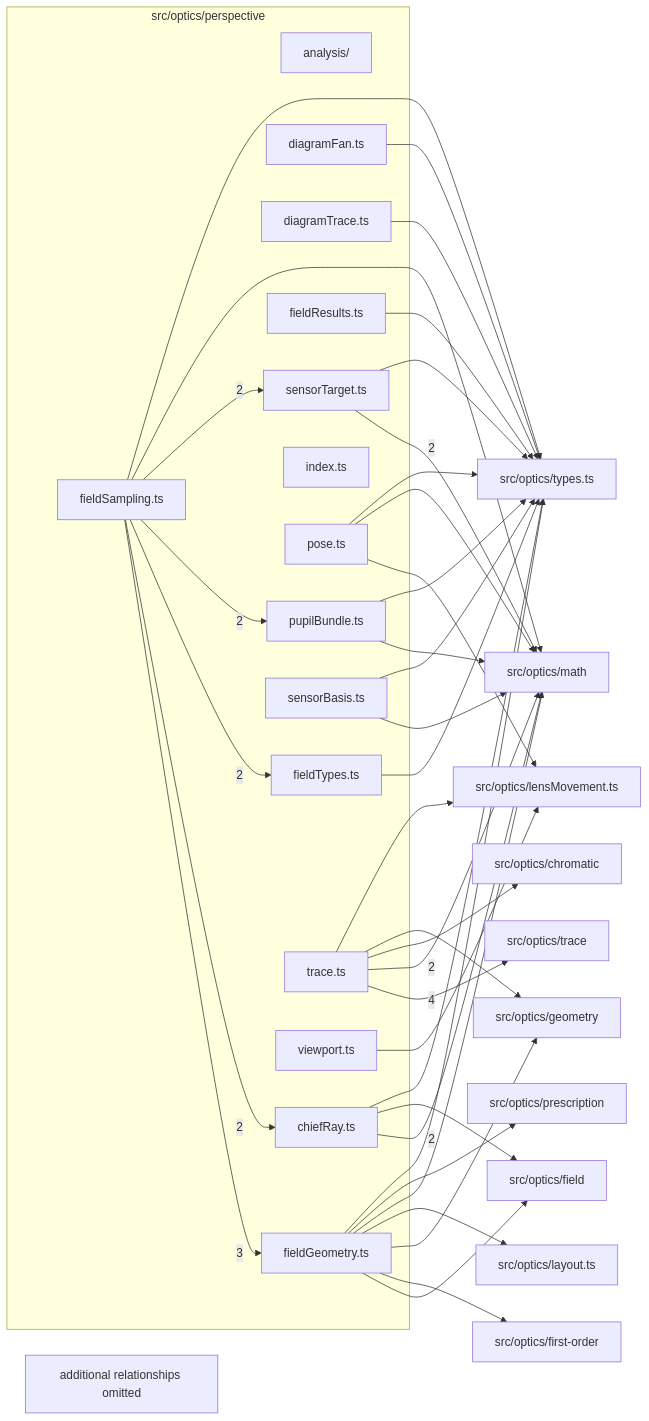
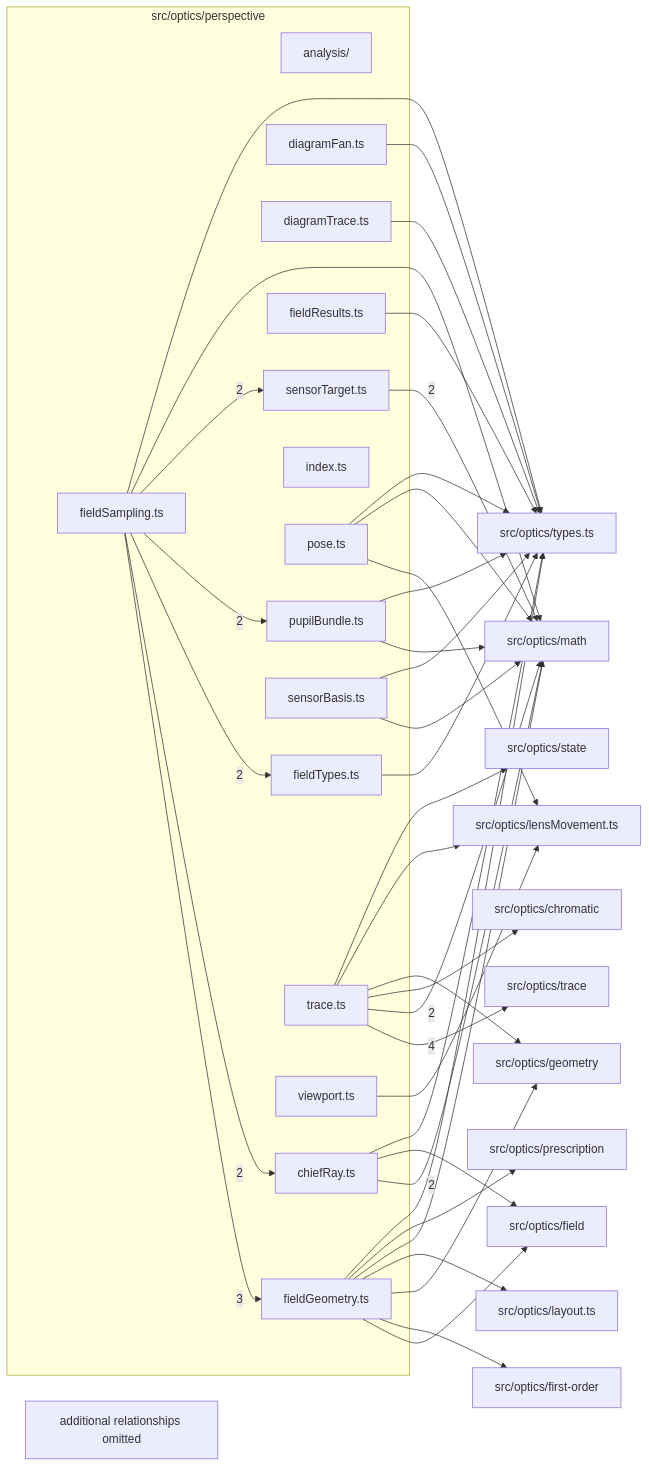
The diagram in src/optics/perspective/readme.md (ronbuening/LensVisualizer), drawn with Mermaid before and after one commit. The commit also changed other lines of this file and 28 other files, not shown here.

````diff
--- a/src/optics/perspective/readme.md
+++ b/src/optics/perspective/readme.md
@@ -9,67 +9,68 @@
 ```mermaid
 flowchart LR
   subgraph n_src_optics_perspective["src/optics/perspective"]
     n_src_optics_perspective_src_optics_perspective_analysis["analysis/"]
     n_src_optics_perspective_src_optics_perspective_chiefRay_ts["chiefRay.ts"]
     n_src_optics_perspective_src_optics_perspective_diagramFan_ts["diagramFan.ts"]
     n_src_optics_perspective_src_optics_perspective_diagramTrace_ts["diagramTrace.ts"]
     n_src_optics_perspective_src_optics_perspective_fieldGeometry_ts["fieldGeometry.ts"]
     n_src_optics_perspective_src_optics_perspective_fieldResults_ts["fieldResults.ts"]
     n_src_optics_perspective_src_optics_perspective_fieldSampling_ts["fieldSampling.ts"]
     n_src_optics_perspective_src_optics_perspective_fieldTypes_ts["fieldTypes.ts"]
     n_src_optics_perspective_src_optics_perspective_index_ts["index.ts"]
     n_src_optics_perspective_src_optics_perspective_pose_ts["pose.ts"]
     n_src_optics_perspective_src_optics_perspective_pupilBundle_ts["pupilBundle.ts"]
     n_src_optics_perspective_src_optics_perspective_sensorBasis_ts["sensorBasis.ts"]
     n_src_optics_perspective_src_optics_perspective_sensorTarget_ts["sensorTarget.ts"]
     n_src_optics_perspective_src_optics_perspective_trace_ts["trace.ts"]
     n_src_optics_perspective_src_optics_perspective_viewport_ts["viewport.ts"]
   end
   n_external_src_optics_trace["src/optics/trace"]
   n_external_src_optics_math["src/optics/math"]
   n_external_src_optics_chromatic["src/optics/chromatic"]
   n_external_src_optics_field["src/optics/field"]
   n_external_src_optics_first_order["src/optics/first-order"]
   n_external_src_optics_geometry["src/optics/geometry"]
   n_external_src_optics_layout_ts["src/optics/layout.ts"]
   n_external_src_optics_lensMovement_ts["src/optics/lensMovement.ts"]
   n_external_src_optics_prescription["src/optics/prescription"]
+  n_external_src_optics_state["src/optics/state"]
   n_external_src_optics_types_ts["src/optics/types.ts"]
   n_src_optics_perspective_src_optics_perspective_trace_ts --> |4| n_external_src_optics_trace
   n_src_optics_perspective_src_optics_perspective_fieldSampling_ts --> |3| n_src_optics_perspective_src_optics_perspective_fieldGeometry_ts
   n_src_optics_perspective_src_optics_perspective_chiefRay_ts --> |2| n_external_src_optics_math
   n_src_optics_perspective_src_optics_perspective_sensorTarget_ts --> |2| n_external_src_optics_math
   n_src_optics_perspective_src_optics_perspective_trace_ts --> |2| n_external_src_optics_math
   n_src_optics_perspective_src_optics_perspective_fieldSampling_ts --> |2| n_src_optics_perspective_src_optics_perspective_chiefRay_ts
   n_src_optics_perspective_src_optics_perspective_fieldSampling_ts --> |2| n_src_optics_perspective_src_optics_perspective_fieldTypes_ts
   n_src_optics_perspective_src_optics_perspective_fieldSampling_ts --> |2| n_src_optics_perspective_src_optics_perspective_pupilBundle_ts
   n_src_optics_perspective_src_optics_perspective_fieldSampling_ts --> |2| n_src_optics_perspective_src_optics_perspective_sensorTarget_ts
   n_src_optics_perspective_src_optics_perspective_trace_ts --> n_external_src_optics_chromatic
   n_src_optics_perspective_src_optics_perspective_chiefRay_ts --> n_external_src_optics_field
   n_src_optics_perspective_src_optics_perspective_fieldGeometry_ts --> n_external_src_optics_field
   n_src_optics_perspective_src_optics_perspective_fieldGeometry_ts --> n_external_src_optics_first_order
   n_src_optics_perspective_src_optics_perspective_fieldGeometry_ts --> n_external_src_optics_geometry
   n_src_optics_perspective_src_optics_perspective_trace_ts --> n_external_src_optics_geometry
   n_src_optics_perspective_src_optics_perspective_fieldGeometry_ts --> n_external_src_optics_layout_ts
   n_src_optics_perspective_src_optics_perspective_pose_ts --> n_external_src_optics_lensMovement_ts
   n_src_optics_perspective_src_optics_perspective_trace_ts --> n_external_src_optics_lensMovement_ts
   n_src_optics_perspective_src_optics_perspective_viewport_ts --> n_external_src_optics_lensMovement_ts
   n_src_optics_perspective_src_optics_perspective_fieldGeometry_ts --> n_external_src_optics_math
   n_src_optics_perspective_src_optics_perspective_fieldSampling_ts --> n_external_src_optics_math
   n_src_optics_perspective_src_optics_perspective_pose_ts --> n_external_src_optics_math
   n_src_optics_perspective_src_optics_perspective_pupilBundle_ts --> n_external_src_optics_math
   n_src_optics_perspective_src_optics_perspective_sensorBasis_ts --> n_external_src_optics_math
   n_src_optics_perspective_src_optics_perspective_fieldGeometry_ts --> n_external_src_optics_prescription
+  n_src_optics_perspective_src_optics_perspective_trace_ts --> n_external_src_optics_state
   n_src_optics_perspective_src_optics_perspective_chiefRay_ts --> n_external_src_optics_types_ts
   n_src_optics_perspective_src_optics_perspective_diagramFan_ts --> n_external_src_optics_types_ts
   n_src_optics_perspective_src_optics_perspective_diagramTrace_ts --> n_external_src_optics_types_ts
   n_src_optics_perspective_src_optics_perspective_fieldGeometry_ts --> n_external_src_optics_types_ts
   n_src_optics_perspective_src_optics_perspective_fieldResults_ts --> n_external_src_optics_types_ts
   n_src_optics_perspective_src_optics_perspective_fieldSampling_ts --> n_external_src_optics_types_ts
   n_src_optics_perspective_src_optics_perspective_fieldTypes_ts --> n_external_src_optics_types_ts
   n_src_optics_perspective_src_optics_perspective_pose_ts --> n_external_src_optics_types_ts
   n_src_optics_perspective_src_optics_perspective_pupilBundle_ts --> n_external_src_optics_types_ts
   n_src_optics_perspective_src_optics_perspective_sensorBasis_ts --> n_external_src_optics_types_ts
-  n_src_optics_perspective_src_optics_perspective_sensorTarget_ts --> n_external_src_optics_types_ts
   n_src_optics_perspective_truncated["additional relationships omitted"]
 ```
````
